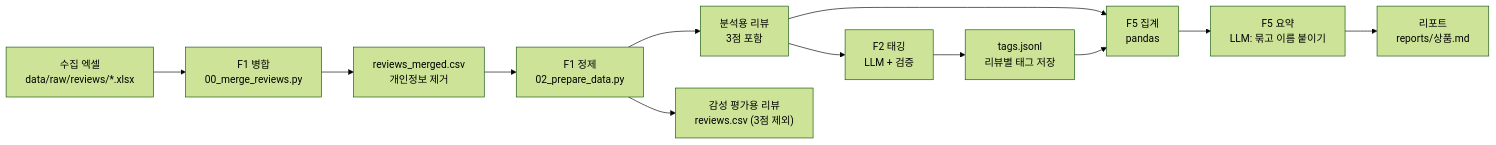
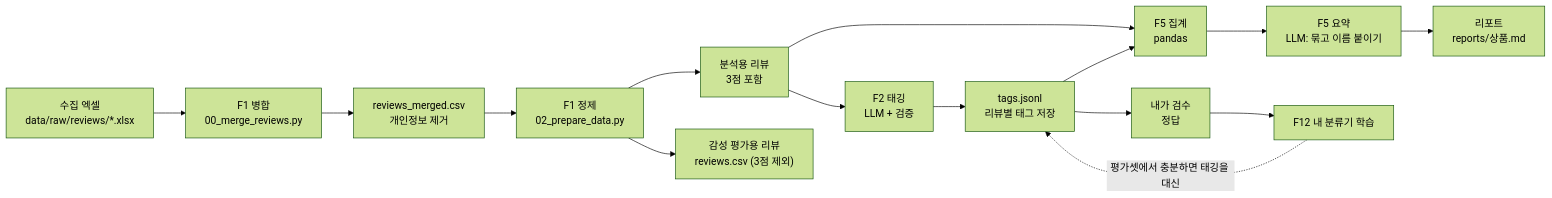
The diagram in docs/DESIGN.md (ho-yu/seller-lens), drawn with Mermaid (forest theme) before and after one commit. The commit also changed other lines of this file and 5 other files, not shown here.

````diff
--- a/docs/DESIGN.md
+++ b/docs/DESIGN.md
@@ -9,14 +9,17 @@
 ```mermaid
 flowchart LR
     A["수집 엑셀<br/>data/raw/reviews/*.xlsx"] --> B["F1 병합<br/>00_merge_reviews.py"]
     B --> C["reviews_merged.csv<br/>개인정보 제거"]
     C --> D["F1 정제<br/>02_prepare_data.py"]
     D --> E["분석용 리뷰<br/>3점 포함"]
     D --> E2["감성 평가용 리뷰<br/>reviews.csv (3점 제외)"]
     E --> F["F2 태깅<br/>LLM + 검증"]
     F --> G["tags.jsonl<br/>리뷰별 태그 저장"]
     E --> H["F5 집계<br/>pandas"]
     G --> H
     H --> I["F5 요약<br/>LLM: 묶고 이름 붙이기"]
     I --> J["리포트<br/>reports/상품.md"]
+    G --> K["내가 검수<br/>정답"]
+    K --> L["F12 내 분류기 학습"]
+    L -.->|평가셋에서 충분하면 태깅을 대신| G
 ```
````
